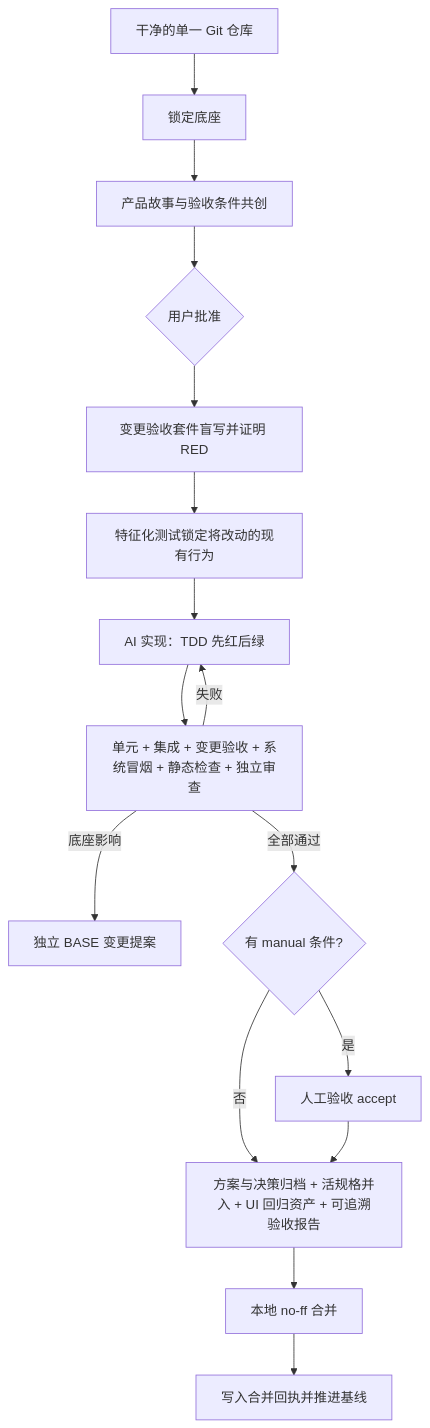
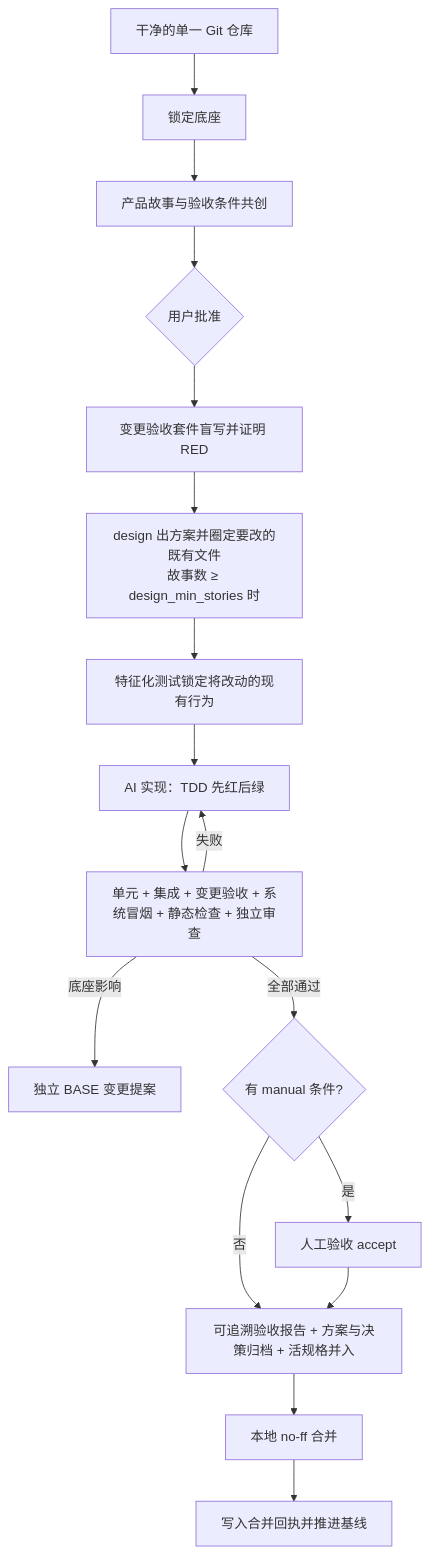
Before and after one commit to jinlin725168-ai/storyloop: the diagram in README.md, drawn with Mermaid. The commit also changed other lines of this file and 22 other files, not shown here.

````diff
--- a/README.md
+++ b/README.md
@@ -61,18 +61,19 @@
 ```mermaid
 flowchart TD
     A[干净的单一 Git 仓库] --> B[锁定底座]
     B --> C[产品故事与验收条件共创]
     C --> D{用户批准}
     D --> E[变更验收套件盲写并证明 RED]
-    E --> E2[特征化测试锁定将改动的现有行为]
+    E --> E1[design 出方案并圈定要改的既有文件<br/>故事数 ≥ design_min_stories 时]
+    E1 --> E2[特征化测试锁定将改动的现有行为]
     E2 --> F[AI 实现：TDD 先红后绿]
     F --> G[单元 + 集成 + 变更验收 + 系统冒烟 + 静态检查 + 独立审查]
     G -->|失败| F
     G -->|底座影响| H[独立 BASE 变更提案]
     G -->|全部通过| H2{有 manual 条件?}
     H2 -->|是| M[人工验收 accept]
     H2 -->|否| I
-    M --> I[方案与决策归档 + 活规格并入 + UI 回归资产 + 可追溯验收报告]
+    M --> I[可追溯验收报告 + 方案与决策归档 + 活规格并入]
     I --> J[本地 no-ff 合并]
     J --> K[写入合并回执并推进基线]
 ```
````
